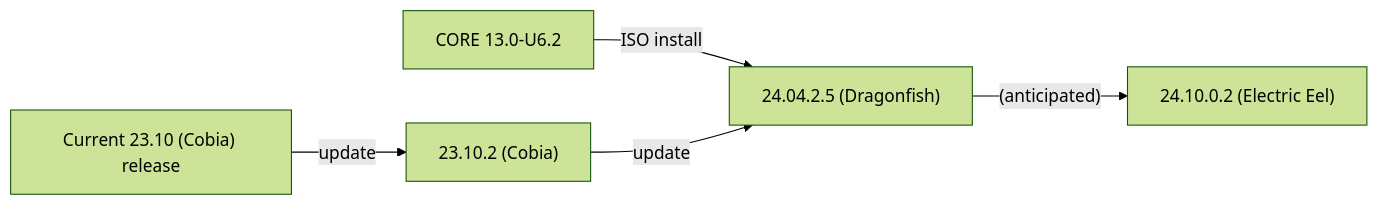
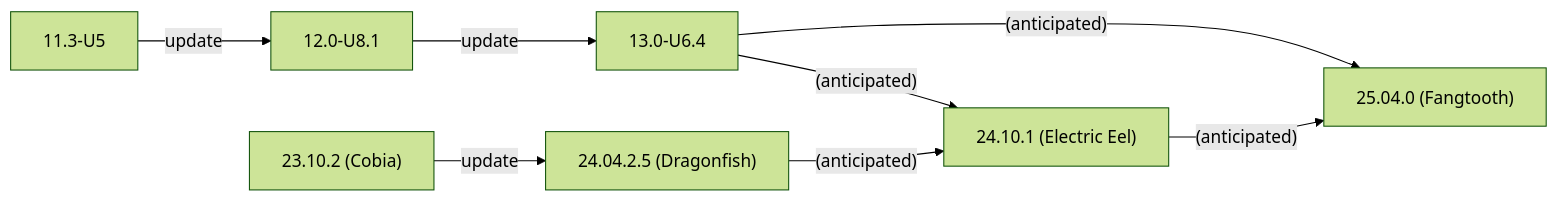
One commit to truenas/documentation changed the second of 2 diagrams in static/includes/SCALEUpgradePaths.md. Above: the diagram before and after it, drawn with Mermaid (forest theme). The commit also changed other lines of this file and 9 other files, not shown here.

```diff
--- a/static/includes/SCALEUpgradePaths.md
+++ b/static/includes/SCALEUpgradePaths.md
@@ -65,8 +81,11 @@
           {{< mermaid class="mermaid_sizing" >}}
           flowchart LR
-            A["CORE 13.0-U6.2"] -->|ISO install| D
-            B["Current 23.10 (Cobia) release"] -->|update| C
-            C["23.10.2 (Cobia)"] -->|update| D
-            D["24.04.2.5 (Dragonfish)"]  -->|"(anticipated)"| E
-            E["24.10.0.2 (Electric Eel)"]
+            A["11.3-U5"] -->|update| B
+            B["12.0-U8.1"] -->|update| C
+            C["13.0-U6.4"] -->|"(anticipated)"| F
+            C["13.0-U6.4"] -->|"(anticipated)"| G
+            D["23.10.2 (Cobia)"] -->|update| E
+            E["24.04.2.5 (Dragonfish)"]  -->|"(anticipated)"| F
+            F["24.10.1 (Electric Eel)"] -->|"(anticipated)"| G
+            G["25.04.0 (Fangtooth)"]
           {{< /mermaid >}}
```
